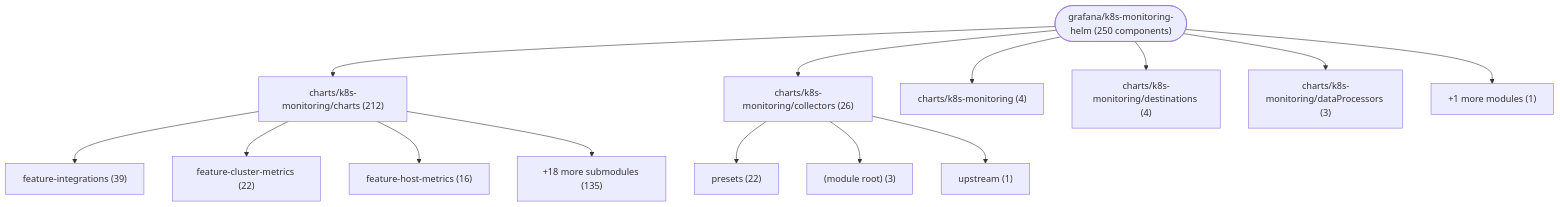
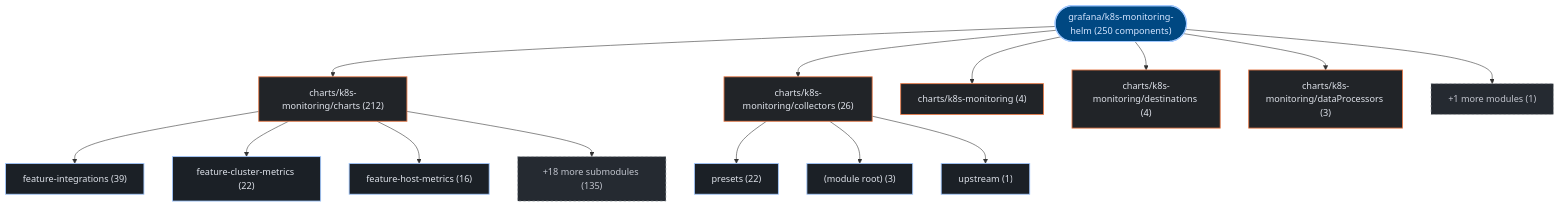
The first of 3 diagrams in exports/latest/reports/grafana-k8s-monitoring-helm-report.md (kumarshaz/atruss-code-atlas), drawn with Mermaid before and after one commit. The commit also changed other lines of this file and 331 other files, not shown here.

Commit message:
docs,ui,fix: update SDLC docs, reorder CI/CD DAG first, stylize Mermaid, and fix Arc42 pipeline topology

````diff
--- a/exports/latest/reports/grafana-k8s-monitoring-helm-report.md
+++ b/exports/latest/reports/grafana-k8s-monitoring-helm-report.md
@@ -42,30 +42,37 @@
 ```mermaid
 graph TD;
-    repo_root(["grafana/k8s-monitoring-helm (250 components)"])
-    dir_0_charts_k8s_monitoring_charts["charts/k8s-monitoring/charts (212)"]
+  classDef atlasRoot fill:#004882,stroke:#a3c9ff,stroke-width:2px,color:#d3e4ff
+  classDef atlasCategory fill:#212428,stroke:#E87A48,stroke-width:1.5px,color:#dfe3eb
+  classDef atlasWorkflow fill:#1b2026,stroke:#a3c9ff,stroke-width:1.5px,color:#dfe3eb
+  classDef atlasJob fill:#171c22,stroke:#8d9199,stroke-width:1px,color:#dfe3eb
+  classDef atlasTarget fill:#005227,stroke:#8bd99b,stroke-width:1.5px,color:#a7f6b6
+  classDef atlasAlert fill:#93000a,stroke:#ffb4ab,stroke-width:1.5px,color:#ffdad6
+  classDef atlasMore fill:#252a31,stroke:#8d9199,stroke-dasharray:4 4,color:#c3c6cf
+    repo_root(["grafana/k8s-monitoring-helm (250 components)"]):::atlasRoot
+    dir_0_charts_k8s_monitoring_charts["charts/k8s-monitoring/charts (212)"]:::atlasCategory
     repo_root --> dir_0_charts_k8s_monitoring_charts
-    sub_0_0_feature_integrations["feature-integrations (39)"]
+    sub_0_0_feature_integrations["feature-integrations (39)"]:::atlasWorkflow
     dir_0_charts_k8s_monitoring_charts --> sub_0_0_feature_integrations
-    sub_0_1_feature_cluster_metrics["feature-cluster-metrics (22)"]
+    sub_0_1_feature_cluster_metrics["feature-cluster-metrics (22)"]:::atlasWorkflow
     dir_0_charts_k8s_monitoring_charts --> sub_0_1_feature_cluster_metrics
-    sub_0_2_feature_host_metrics["feature-host-metrics (16)"]
+    sub_0_2_feature_host_metrics["feature-host-metrics (16)"]:::atlasWorkflow
     dir_0_charts_k8s_monitoring_charts --> sub_0_2_feature_host_metrics
-    sub_0_more["+18 more submodules (135)"]
+    sub_0_more["+18 more submodules (135)"]:::atlasMore
     dir_0_charts_k8s_monitoring_charts --> sub_0_more
-    dir_1_charts_k8s_monitoring_collectors["charts/k8s-monitoring/collectors (26)"]
+    dir_1_charts_k8s_monitoring_collectors["charts/k8s-monitoring/collectors (26)"]:::atlasCategory
     repo_root --> dir_1_charts_k8s_monitoring_collectors
-    sub_1_0_presets["presets (22)"]
+    sub_1_0_presets["presets (22)"]:::atlasWorkflow
     dir_1_charts_k8s_monitoring_collectors --> sub_1_0_presets
-    sub_1_1__module_root_["(module root) (3)"]
+    sub_1_1__module_root_["(module root) (3)"]:::atlasWorkflow
     dir_1_charts_k8s_monitoring_collectors --> sub_1_1__module_root_
-    sub_1_2_upstream["upstream (1)"]
+    sub_1_2_upstream["upstream (1)"]:::atlasWorkflow
     dir_1_charts_k8s_monitoring_collectors --> sub_1_2_upstream
-    dir_2_charts_k8s_monitoring["charts/k8s-monitoring (4)"]
+    dir_2_charts_k8s_monitoring["charts/k8s-monitoring (4)"]:::atlasCategory
     repo_root --> dir_2_charts_k8s_monitoring
-    dir_3_charts_k8s_monitoring_destinations["charts/k8s-monitoring/destinations (4)"]
+    dir_3_charts_k8s_monitoring_destinations["charts/k8s-monitoring/destinations (4)"]:::atlasCategory
     repo_root --> dir_3_charts_k8s_monitoring_destinations
-    dir_4_charts_k8s_monitoring_dataProcessors["charts/k8s-monitoring/dataProcessors (3)"]
+    dir_4_charts_k8s_monitoring_dataProcessors["charts/k8s-monitoring/dataProcessors (3)"]:::atlasCategory
     repo_root --> dir_4_charts_k8s_monitoring_dataProcessors
-    dir_other_modules["+1 more modules (1)"]
+    dir_other_modules["+1 more modules (1)"]:::atlasMore
     repo_root --> dir_other_modules
 ```
````
